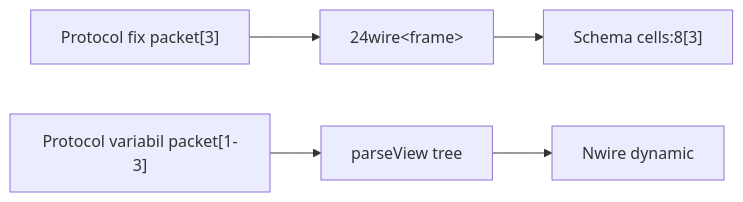
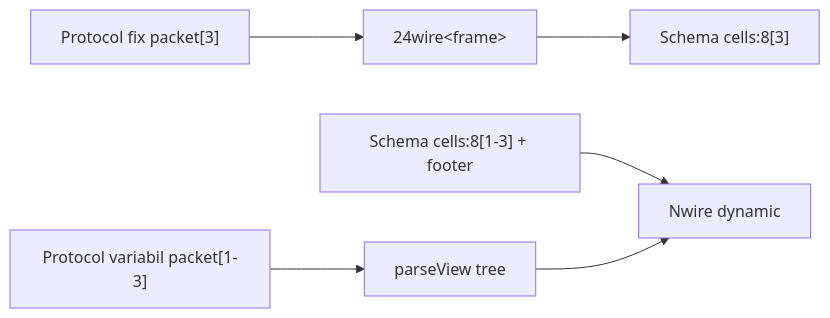
Before and after one commit to epsislow/logic-algebra-js: the second of 2 diagrams in library/logTscript/.cursor/plans/schema_field_arrays.plan.md, drawn with Mermaid. The commit also changed other lines of this file and 2 other files, not shown here.

````diff
--- a/library/logTscript/.cursor/plans/schema_field_arrays.plan.md
+++ b/library/logTscript/.cursor/plans/schema_field_arrays.plan.md
@@ -803,13 +807,15 @@
 ```mermaid
 flowchart LR
   parseFixed["Protocol fix packet[3]"]
   parseVar["Protocol variabil packet[1-3]"]
   schemaFix["Schema cells:8[3]"]
+  schemaVar["Schema cells:8[1-3] + footer"]
   parseView["parseView tree"]
   wire24["24wire&lt;frame&gt;"]
   wireDyn["Nwire dynamic"]
   parseFixed --> wire24
   wire24 --> schemaFix
+  schemaVar --> wireDyn
   parseVar --> parseView
   parseView --> wireDyn
 ```
````
